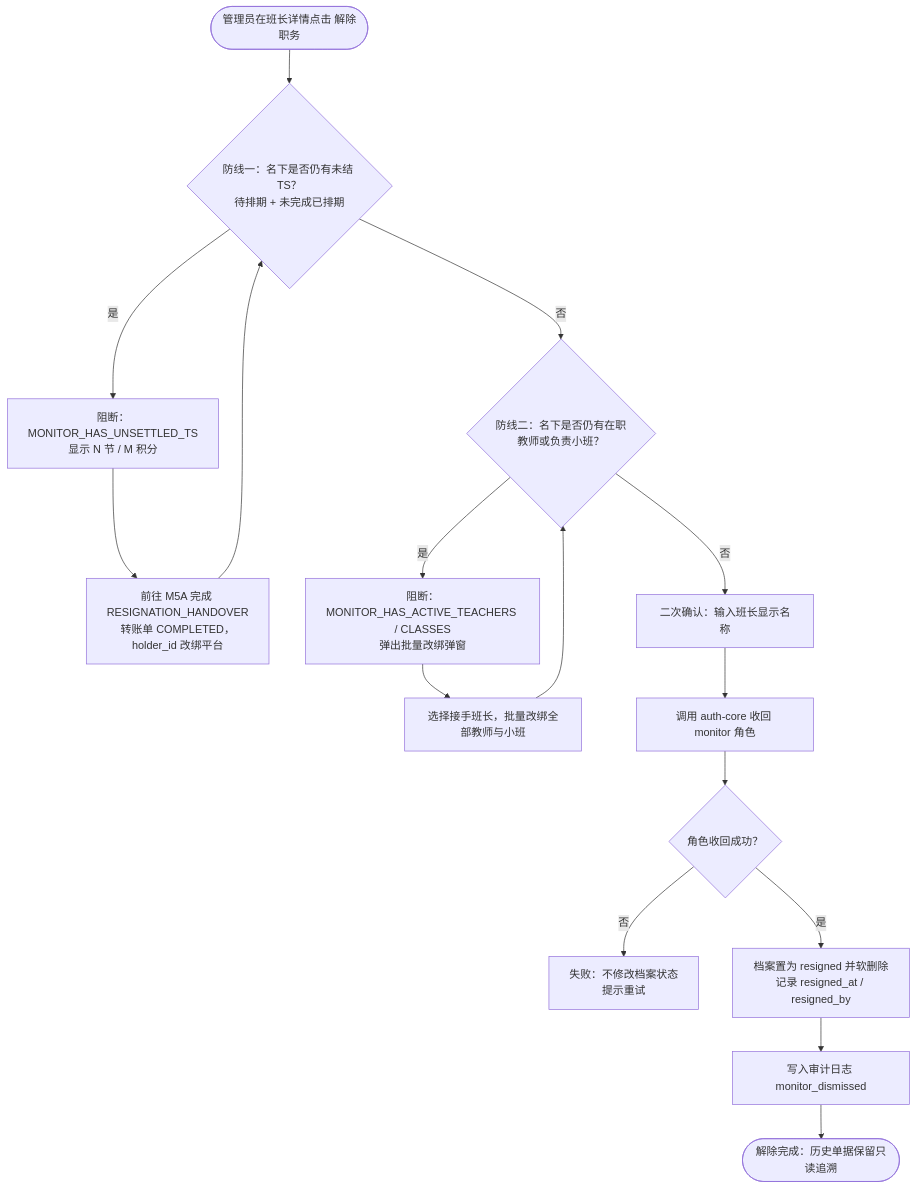
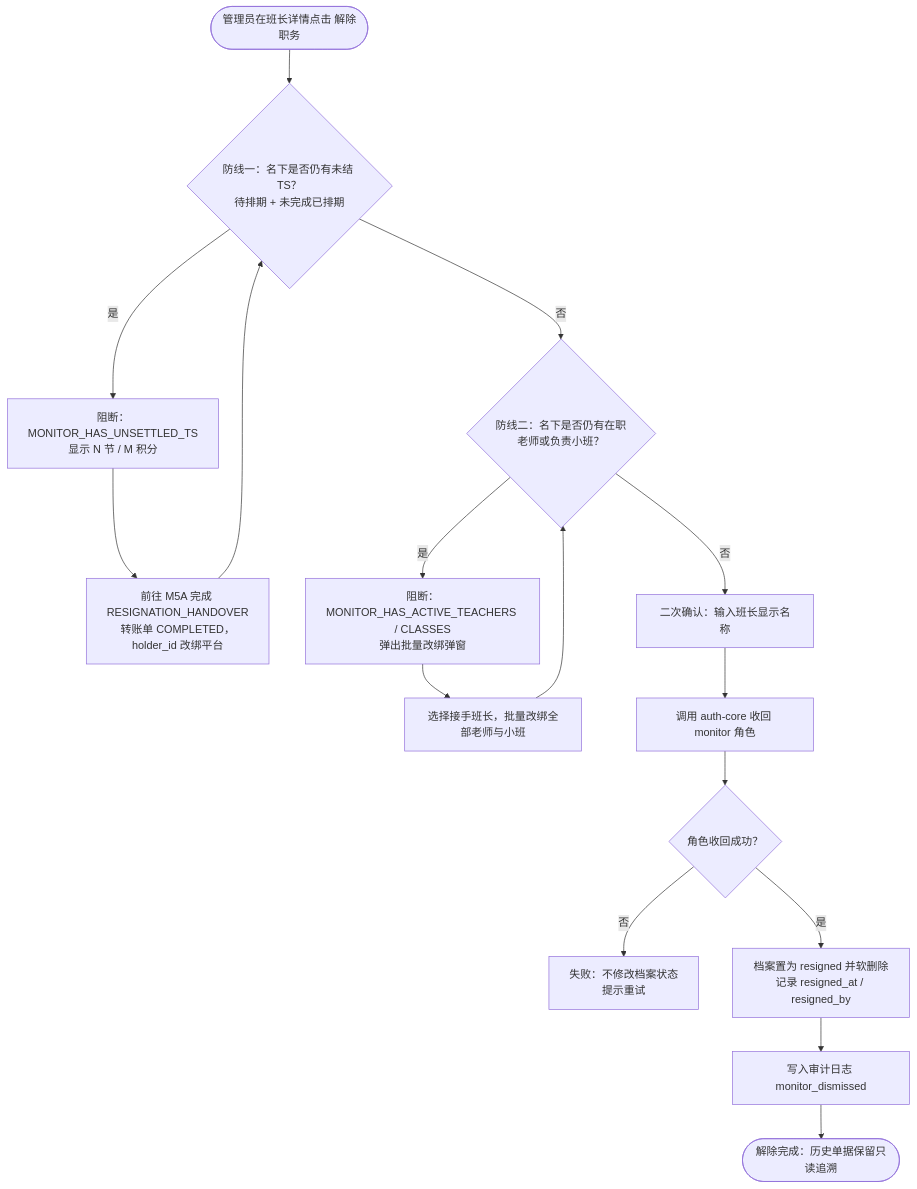
One commit to Onezao/dream changed the fourth of 7 diagrams in docs/prd/m1b_teacher_profile.md. Above: the diagram before and after it, drawn with Mermaid. The commit also changed other lines of this file and 37 other files, not shown here.

````diff
--- a/docs/prd/m1b_teacher_profile.md
+++ b/docs/prd/m1b_teacher_profile.md
@@ -128,18 +128,18 @@
 ```mermaid
 flowchart TD
     Start(["管理员在班长详情点击 解除职务"]) --> D1{"防线一：名下是否仍有未结 TS？<br/>待排期 + 未完成已排期"}
     D1 -->|"是"| Block1["阻断：MONITOR_HAS_UNSETTLED_TS<br/>显示 N 节 / M 积分"]
     Block1 --> M5A["前往 M5A 完成 RESIGNATION_HANDOVER<br/>转账单 COMPLETED，holder_id 改绑平台"]
     M5A --> D1
-    D1 -->|"否"| D2{"防线二：名下是否仍有在职教师或负责小班？"}
+    D1 -->|"否"| D2{"防线二：名下是否仍有在职老师或负责小班？"}
     D2 -->|"是"| Block2["阻断：MONITOR_HAS_ACTIVE_TEACHERS / CLASSES<br/>弹出批量改绑弹窗"]
-    Block2 --> Rebind["选择接手班长，批量改绑全部教师与小班"]
+    Block2 --> Rebind["选择接手班长，批量改绑全部老师与小班"]
     Rebind --> D2
     D2 -->|"否"| Confirm["二次确认：输入班长显示名称"]
     Confirm --> Revoke["调用 auth-core 收回 monitor 角色"]
     Revoke --> RevokeOk{"角色收回成功？"}
     RevokeOk -->|"否"| Err["失败：不修改档案状态<br/>提示重试"]
     RevokeOk -->|"是"| SoftDelete["档案置为 resigned 并软删除<br/>记录 resigned_at / resigned_by"]
     SoftDelete --> Audit["写入审计日志 monitor_dismissed"]
     Audit --> Done(["解除完成：历史单据保留只读追溯"])
 ```
````
